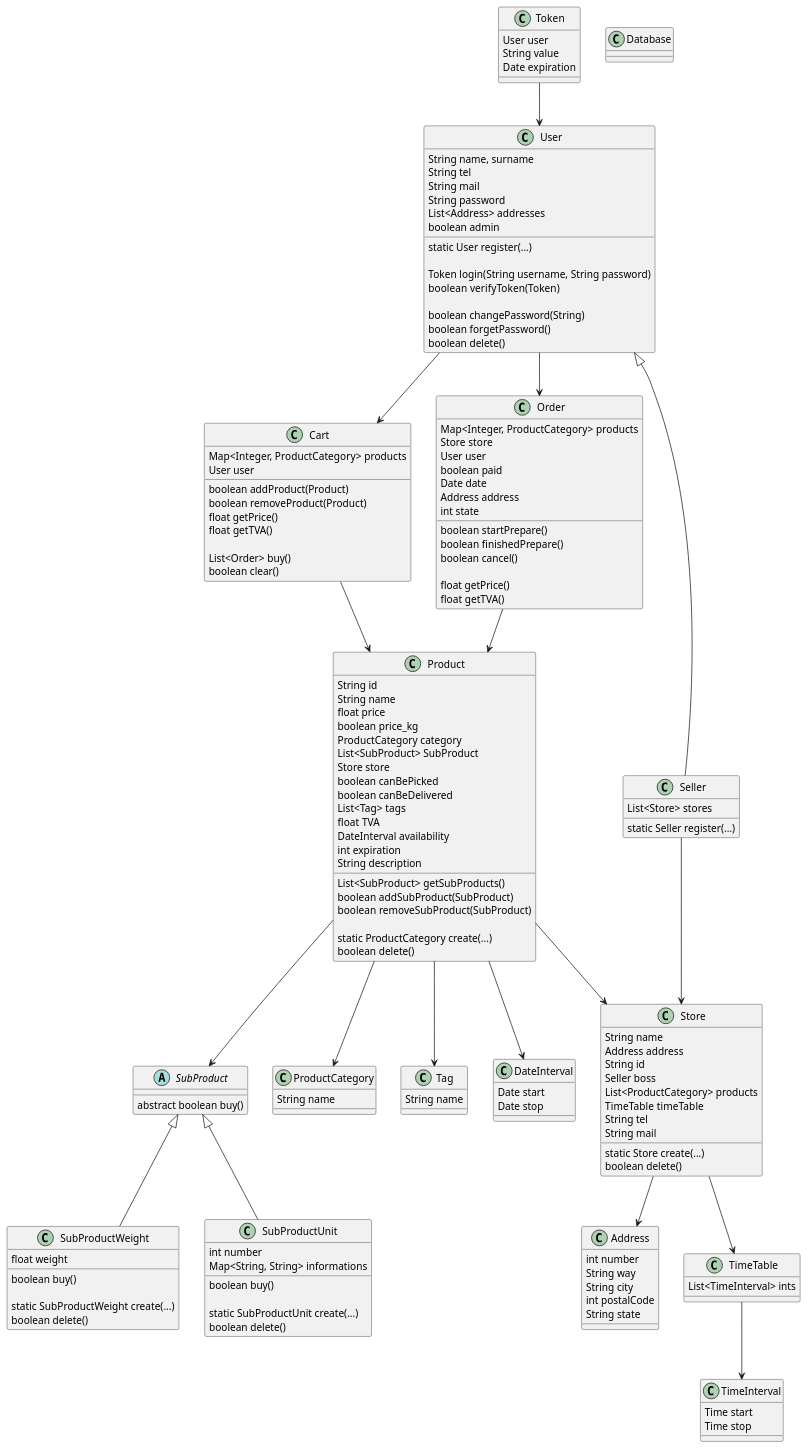
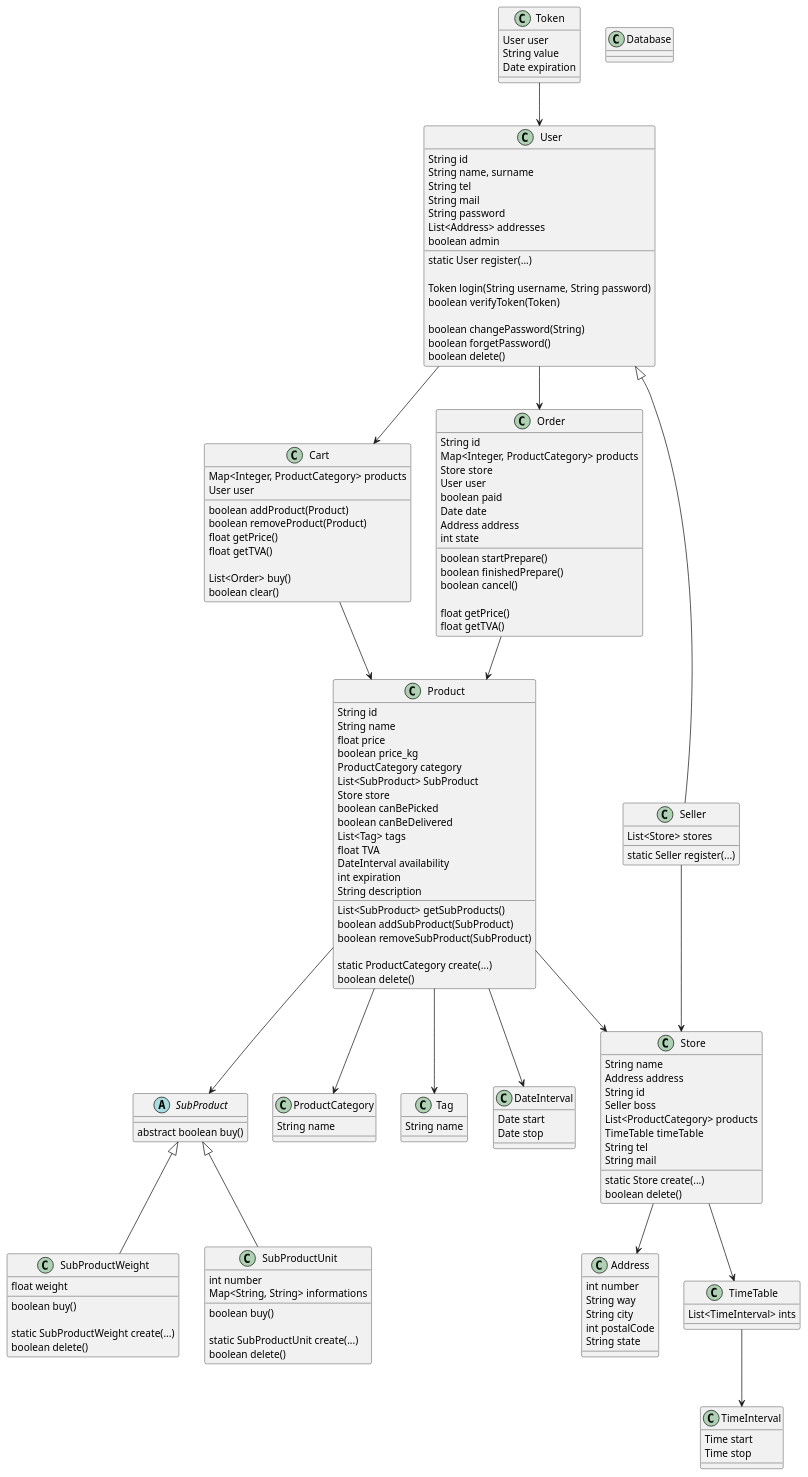
One commit to Fgdou/LaCueillette changed the diagram in All.puml. Above: the diagram before and after it, drawn with PlantUML. The commit also changed 1 other file, not shown here.

```diff
--- a/All.puml
+++ b/All.puml
@@ -1,155 +1,157 @@
 @startuml
 
 'skinparam linetype ortho
 
 class Product{
     String id
     String name
     float price
     boolean price_kg
     ProductCategory category
     List<SubProduct> SubProduct
     Store store
     boolean canBePicked
     boolean canBeDelivered
     List<Tag> tags
     float TVA
     DateInterval availability
     int expiration
     String description
     List<SubProduct> getSubProducts()
     boolean addSubProduct(SubProduct)
     boolean removeSubProduct(SubProduct)
 
     static ProductCategory create(...)
     boolean delete()
 }
 abstract class SubProduct{
     abstract boolean buy()
 }
 class SubProductWeight extends SubProduct{
     float weight
     boolean buy()
 
     static SubProductWeight create(...)
     boolean delete()
 }
 class SubProductUnit extends SubProduct{
     int number
     Map<String, String> informations
     boolean buy()
 
     static SubProductUnit create(...)
     boolean delete()
 }
 class Store{
     String name
     Address address
     String id
     Seller boss
     List<ProductCategory> products
     TimeTable timeTable
     String tel
     String mail
 
     static Store create(...)
     boolean delete()
 }
 class Cart{
     Map<Integer, ProductCategory> products
     User user
     boolean addProduct(Product)
     boolean removeProduct(Product)
     float getPrice()
     float getTVA()
 
     List<Order> buy()
     boolean clear()
 }
 class Order{
+    String id
     Map<Integer, ProductCategory> products
     Store store
     User user
     boolean paid
     Date date
     Address address
     int state
 
     boolean startPrepare()
     boolean finishedPrepare()
     boolean cancel()
 
     float getPrice()
     float getTVA()
 }
 class User{
+    String id
     String name, surname
     String tel
     String mail
     String password
     List<Address> addresses
     boolean admin
 
     static User register(...)
 
     Token login(String username, String password)
     boolean verifyToken(Token)
 
     boolean changePassword(String)
     boolean forgetPassword()
     boolean delete()
 }
 class Seller extends User{
     List<Store> stores
 
     static Seller register(...)
 }
 class ProductCategory{
     String name
 }
 class Tag{
     String name
 }
 class DateInterval{
     Date start
     Date stop
 }
 class TimeInterval{
     Time start
     Time stop
 }
 class Database{
     '//TODO
 }
 class Address{
     int number
     String way
     String city
     int postalCode
     String state
 }
 class TimeTable{
     List<TimeInterval> ints
 }
 class Token{
     User user
     String value
     Date expiration
 }
 
 Seller      --> Store
 Product     --> Store
 Product     --> DateInterval
 Product     --> Tag
 Product     --> SubProduct
 Product     --> ProductCategory
 Cart        --> Product
 Order       --> Product
 User        --> Cart
 User        --> Order
 Token       --> User
 Store       --> Address
 Store       --> TimeTable
 TimeTable   --> TimeInterval
 
 @enduml
```
